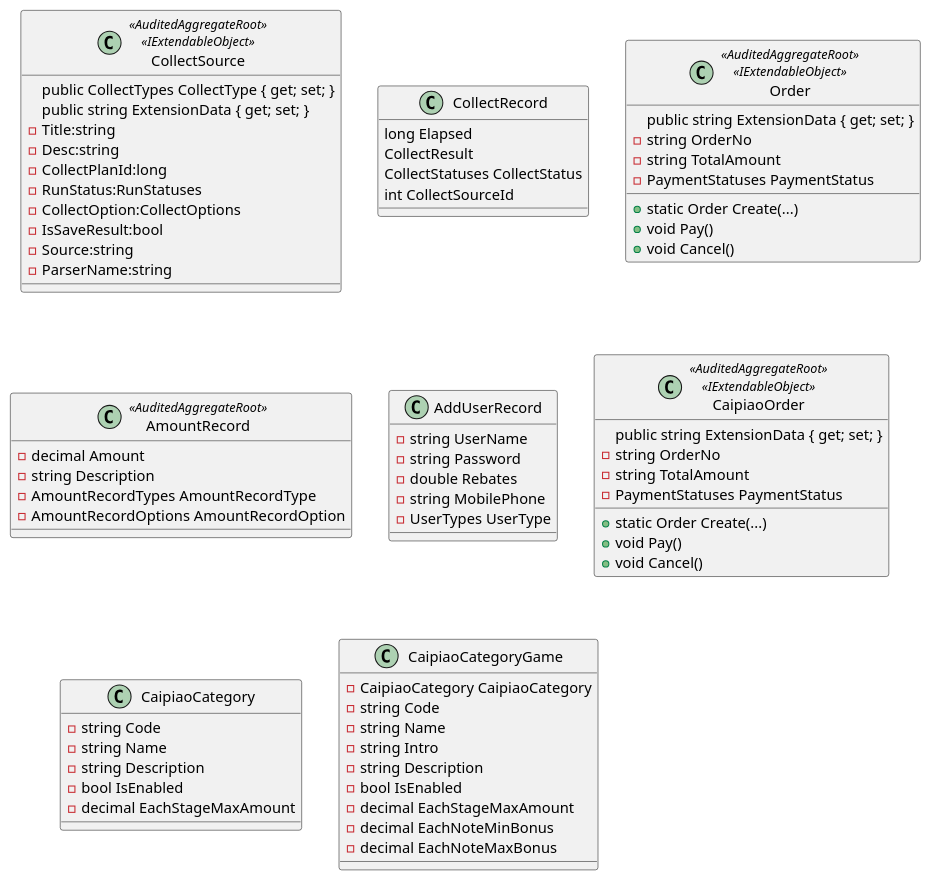
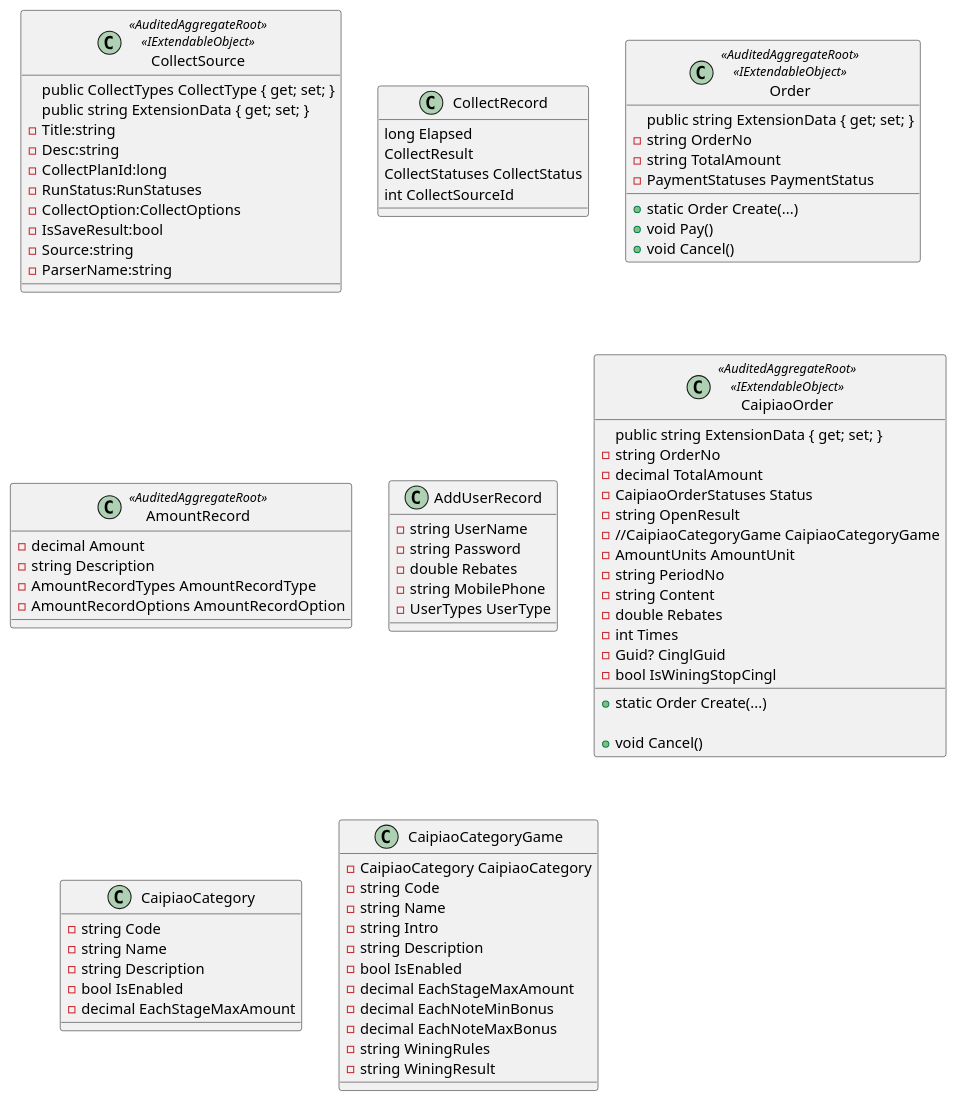
One commit to mainxx/mainxx.github.io changed the third of 3 diagrams in _drafts/CQSSC/Collect设计.md. Above: the diagram before and after it, drawn with PlantUML. The commit also changed other lines of this file and 7 other files, not shown here.

```diff
--- a/_drafts/CQSSC/Collect设计.md
+++ b/_drafts/CQSSC/Collect设计.md
@@ -199,10 +210,19 @@
 class CaipiaoOrder<<AuditedAggregateRoot>><<IExtendableObject>>{
     public string ExtensionData { get; set; }
     - string OrderNo
-    - string TotalAmount
-    - PaymentStatuses PaymentStatus
+    - decimal TotalAmount
+    - CaipiaoOrderStatuses Status
+    - string OpenResult
+    - //CaipiaoCategoryGame CaipiaoCategoryGame
+    - AmountUnits AmountUnit
+    - string PeriodNo
+    - string Content
+    - double Rebates
+    - int Times
+    - Guid? CinglGuid
+    - bool IsWiningStopCingl
     + static Order Create(...)
-    + void Pay()
+
     + void Cancel()
 }
 
@@ -223,6 +243,8 @@
     - decimal EachStageMaxAmount
     - decimal EachNoteMinBonus
     - decimal EachNoteMaxBonus
+    - string WiningRules
+    - string WiningResult
 }
 
 @enduml
```
